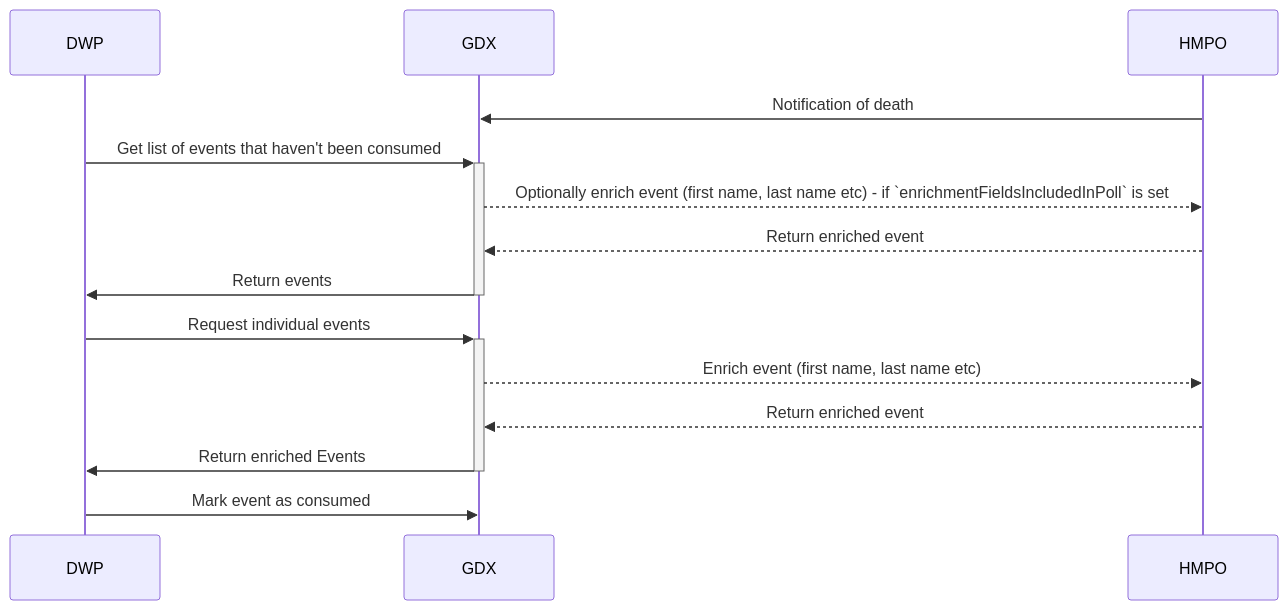
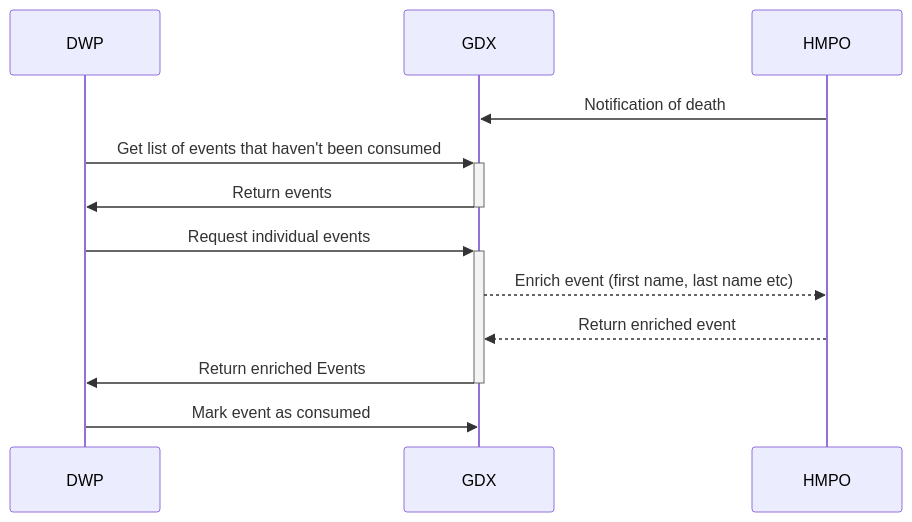
Before and after one commit to govuk-one-login/life-events-platform: the diagram in doc/architecture/architecture.md, drawn with Mermaid. The commit also changed other lines of this file and 1 other file, not shown here.

First line of the commit message:
GPC-NONE: Iterate architecture documentation (#611)

````diff
--- a/doc/architecture/architecture.md
+++ b/doc/architecture/architecture.md
@@ -14,20 +13,18 @@
 ```mermaid
 sequenceDiagram
     participant DWP
     participant GDX
     participant HMPO
 
     HMPO ->> GDX: Notification of death
 
     DWP->>+GDX: Get list of events that haven't been consumed
-    GDX-->>HMPO: Optionally enrich event (first name, last name etc) - if `enrichmentFieldsIncludedInPoll` is set
-    HMPO-->>GDX: Return enriched event
     GDX->>-DWP: Return events
 
     DWP->>+GDX: Request individual events
     GDX-->>HMPO: Enrich event (first name, last name etc)
     HMPO-->>GDX: Return enriched event
     GDX->>-DWP: Return enriched Events
 
     DWP->>GDX: Mark event as consumed
 ```
````
